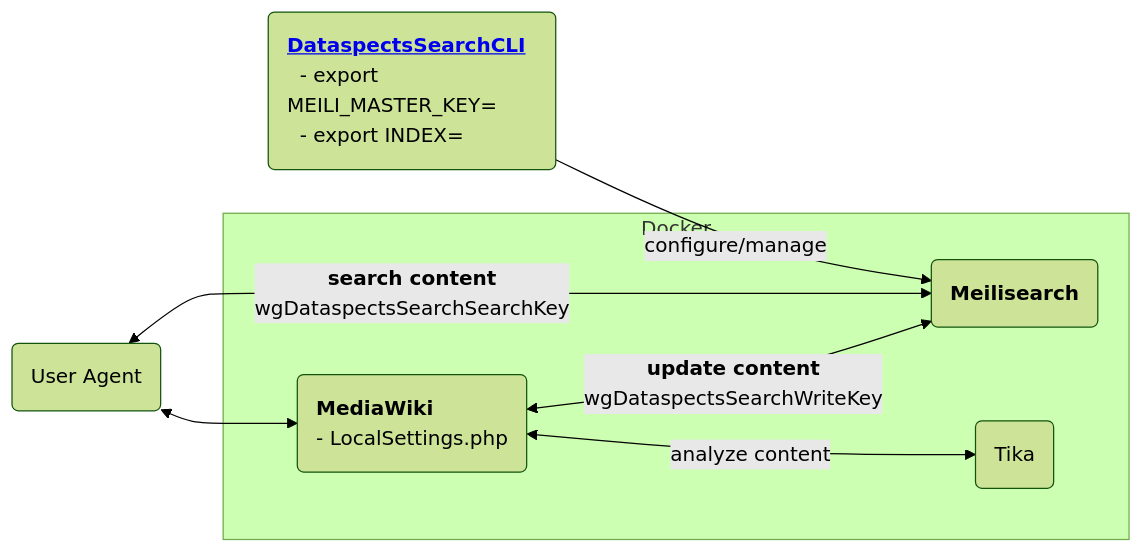
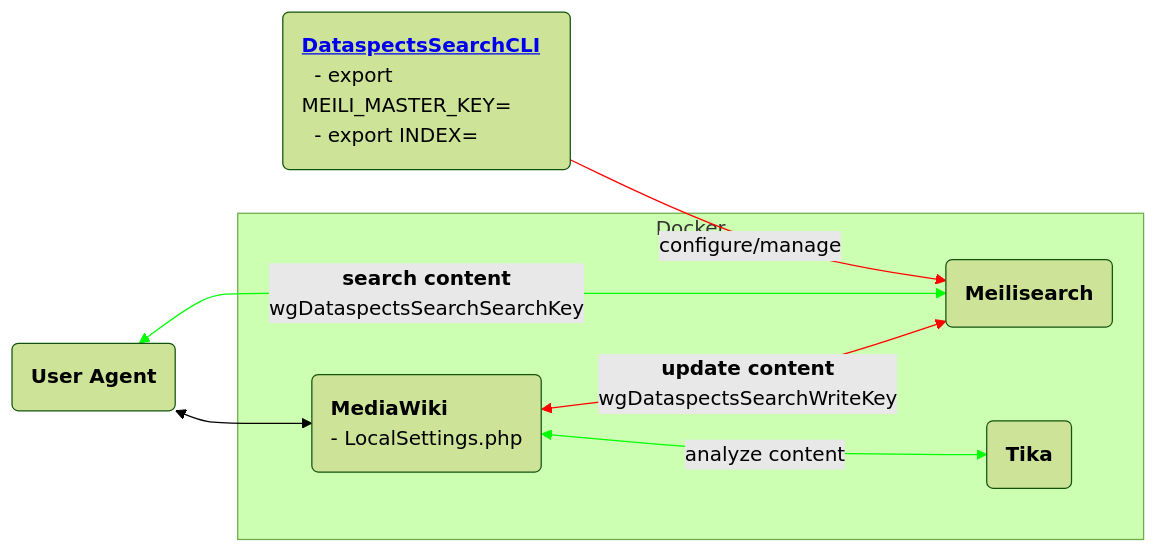
The diagram in README.md (dataspects/mediawiki-extensions-Dataspects), drawn with Mermaid (forest theme) before and after one commit.

````diff
--- a/README.md
+++ b/README.md
@@ -5,23 +5,25 @@
 ```mermaid
 flowchart LR
   mediawiki("<b>MediaWiki</b>
   - LocalSettings.php")
   meilisearch("<b>Meilisearch</b>")
-  tika("Tika")
-  userAgent("User Agent")
+  tika("<b>Tika</b>")
+  userAgent("<b>User Agent</b>")
   DataspectsSearchCLI("<b><a href='https://github.com/dataspects/DataspectsSearchCLI'>DataspectsSearchCLI</a></b>
   - export MEILI_MASTER_KEY=
   - export INDEX=")
 
   DataspectsSearchCLI-->|configure/manage|meilisearch
   userAgent<-->|<b>search content</b><br/>wgDataspectsSearchSearchKey|meilisearch
   userAgent<-->mediawiki
 
   subgraph Docker
     mediawiki<-->|<b>update content</b><br/>wgDataspectsSearchWriteKey|meilisearch
     mediawiki<-->|analyze content|tika
   end
   
 
 classDef default text-align:left;
+linkStyle 0,3 stroke:#ff0000
+linkStyle 1,4 stroke:#00ff00
 ```
````
